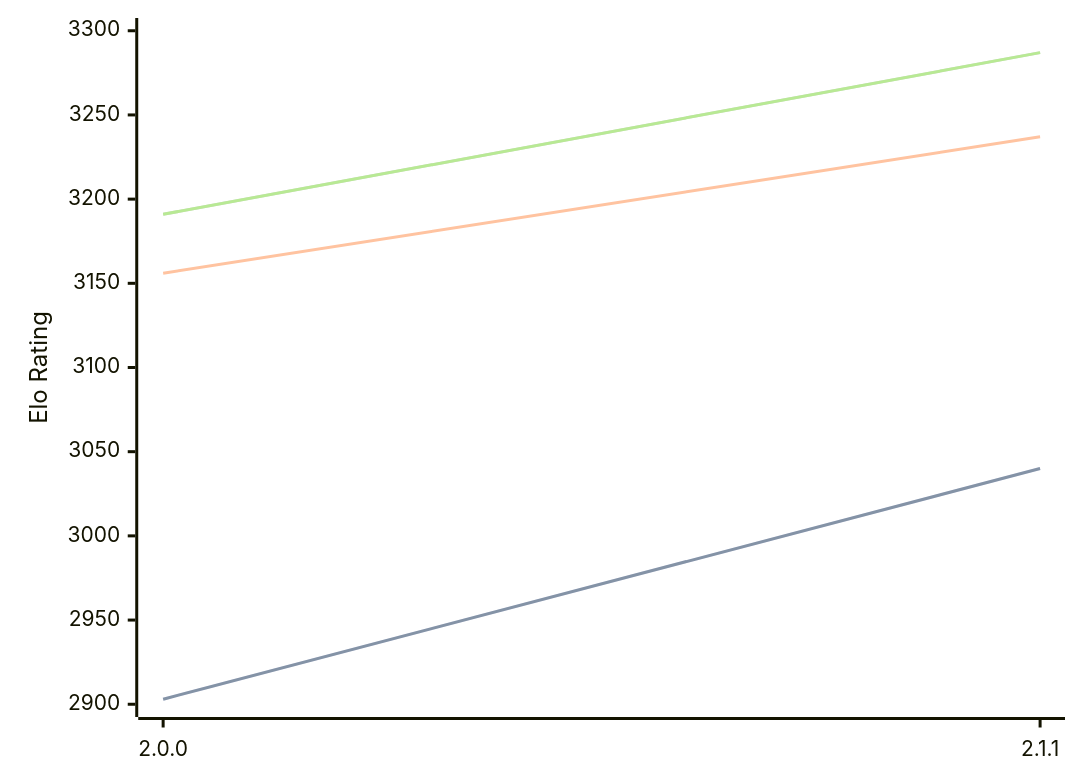
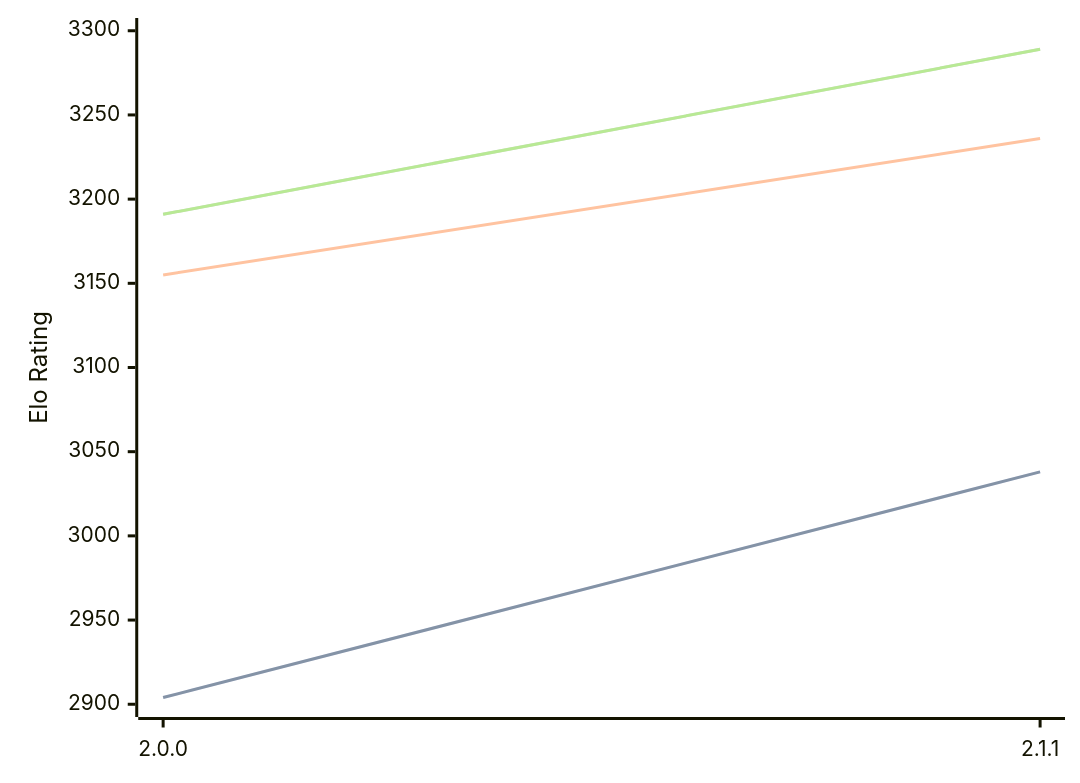
The diagram in engines/Bread.md (computer-chess-index/cci), drawn with Mermaid before and after one commit. The commit also changed other lines of this file, not shown here.

Commit message:
Update CCI Ratings (ELO VLTC) - 2026-02-18

````diff
--- a/engines/Bread.md
+++ b/engines/Bread.md
@@ -47,11 +47,11 @@
 ```mermaid
 %%{init: {"theme":"base","themeVariables":{"seriesColors:['#a3a3a3','#222221','#faa371']}}}%%
 xychart-beta
   x-axis ["2.0.0", "2.1.1"]
   y-axis "Elo Rating" 2900 --> 3300
-  line "STC (8.0+0.08s)" [2903, 3040]
-  line "STC (8.0+0.08s)" [2903, 3040]
-  line "LTC (60.0+0.60s)" [3156, 3237]
-  line "VLTC (2m24s+1.12s)" [3191, 3287]
-  line "VLTC (2m24s+1.12s)" [3191, 3287]
+  line "STC (8.0+0.08s)" [2904, 3038]
+  line "STC (8.0+0.08s)" [2904, 3038]
+  line "LTC (60.0+0.60s)" [3155, 3236]
+  line "VLTC (2m24s+1.12s)" [3191, 3289]
+  line "VLTC (2m24s+1.12s)" [3191, 3289]
 ```
````
